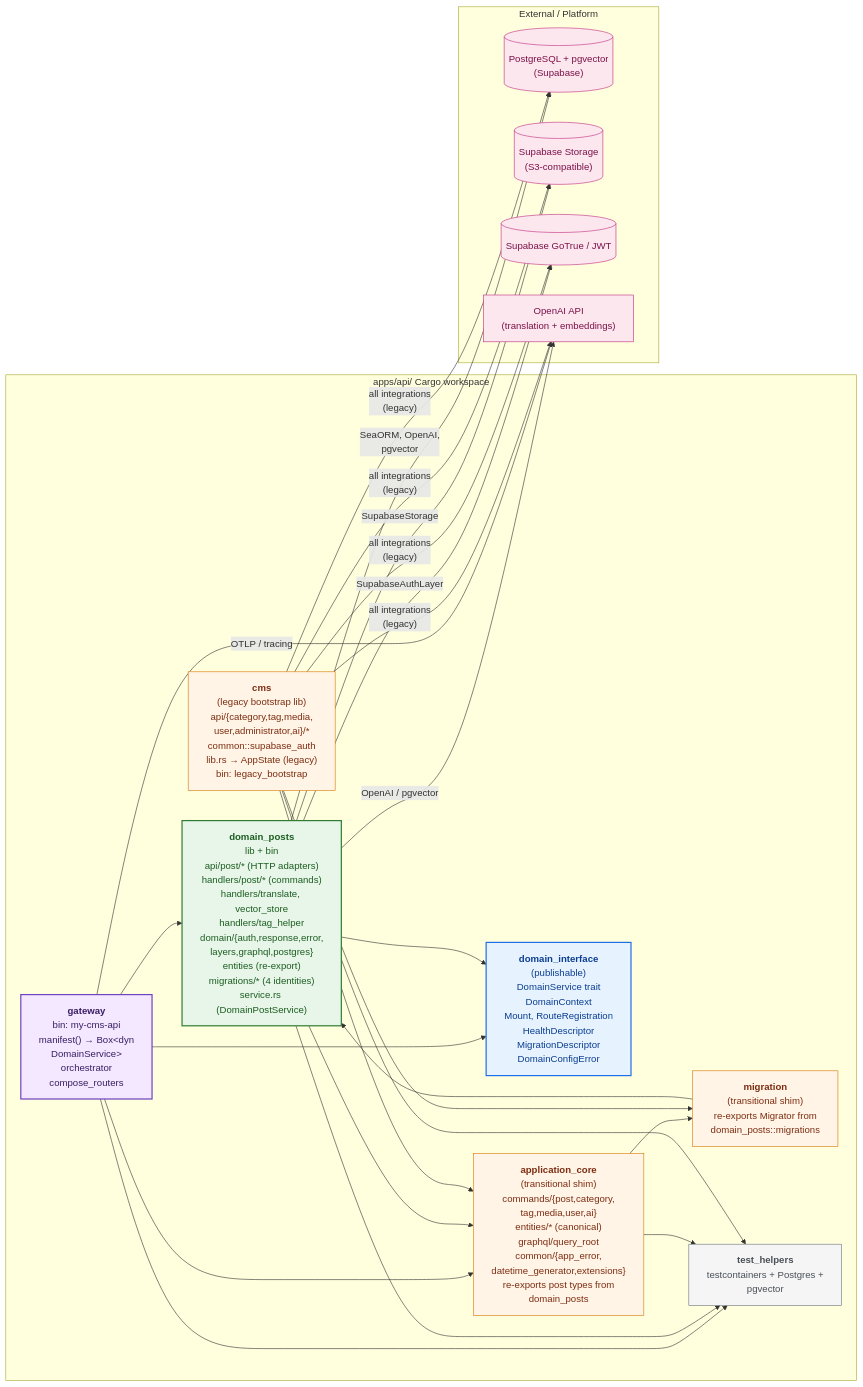
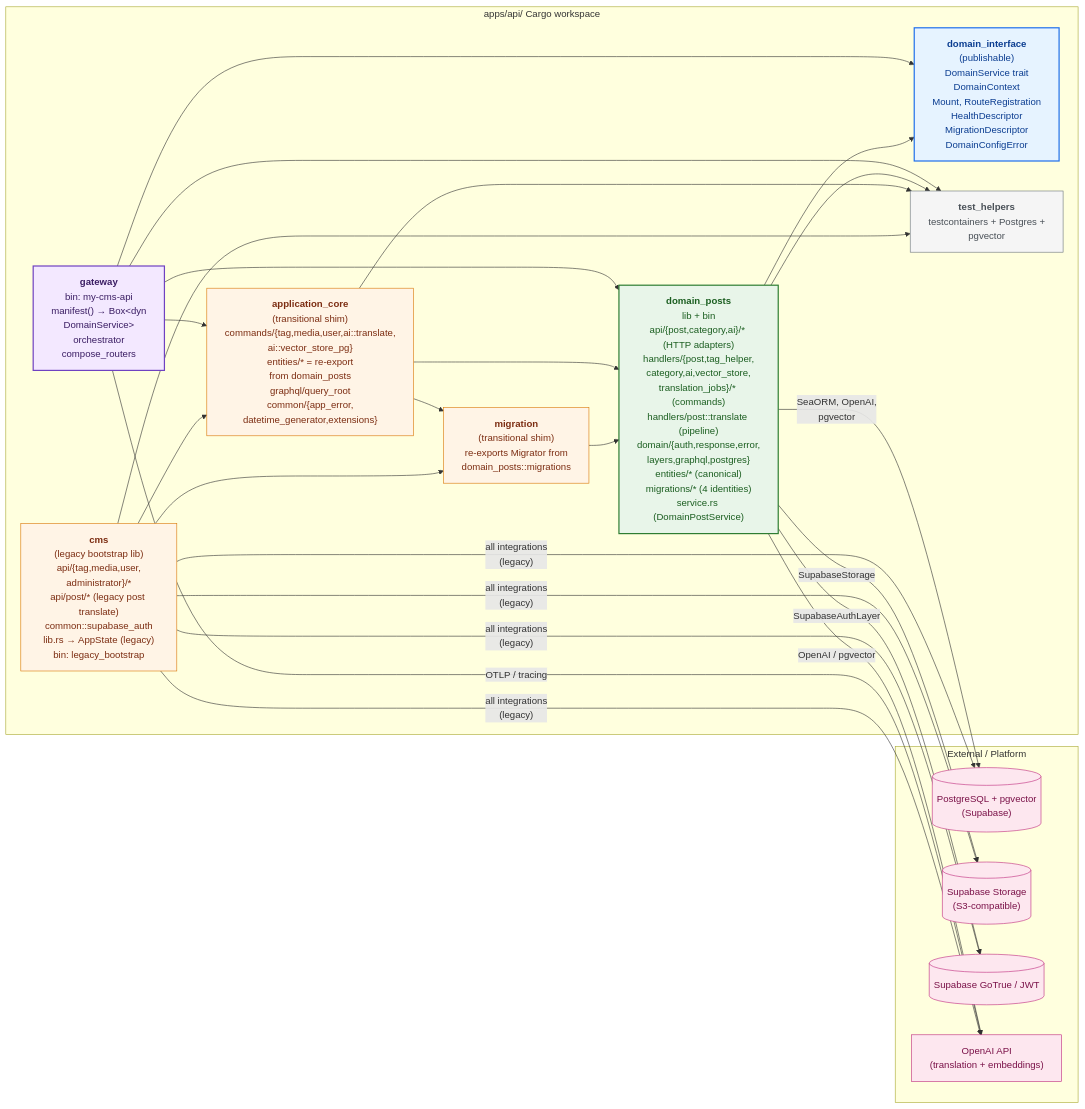
One commit to doitsu2014/my-cms changed the first of 10 diagrams in docs/api-architecture.md. Above: the diagram before and after it, drawn with Mermaid. The commit also changed other lines of this file and 120 other files, not shown here.

First line of the commit message:
Consolidate category and AI functionality into domain_posts

````diff
--- a/docs/api-architecture.md
+++ b/docs/api-architecture.md
@@ -7,61 +7,61 @@
 ```mermaid
 graph LR
     subgraph ws["apps/api/  Cargo workspace"]
         DI["<b>domain_interface</b><br/>(publishable)<br/>DomainService trait<br/>DomainContext<br/>Mount, RouteRegistration<br/>HealthDescriptor<br/>MigrationDescriptor<br/>DomainConfigError"]
-        DP["<b>domain_posts</b><br/>lib + bin<br/>api/post/* (HTTP adapters)<br/>handlers/post/* (commands)<br/>handlers/translate, vector_store<br/>handlers/tag_helper<br/>domain/{auth,response,error,<br/>layers,graphql,postgres}<br/>entities (re-export)<br/>migrations/* (4 identities)<br/>service.rs (DomainPostService)"]
+        DP["<b>domain_posts</b><br/>lib + bin<br/>api/{post,category,ai}/* (HTTP adapters)<br/>handlers/{post,tag_helper,<br/>category,ai,vector_store,<br/>translation_jobs}/* (commands)<br/>handlers/post::translate (pipeline)<br/>domain/{auth,response,error,<br/>layers,graphql,postgres}<br/>entities/* (canonical)<br/>migrations/* (4 identities)<br/>service.rs (DomainPostService)"]
         GW["<b>gateway</b><br/>bin: my-cms-api<br/>manifest() → Box&lt;dyn<br/>DomainService&gt;<br/>orchestrator<br/>compose_routers"]
-        AC["<b>application_core</b><br/>(transitional shim)<br/>commands/{post,category,<br/>tag,media,user,ai}<br/>entities/* (canonical)<br/>graphql/query_root<br/>common/{app_error,<br/>datetime_generator,extensions}<br/>re-exports post types from<br/>domain_posts"]
+        AC["<b>application_core</b><br/>(transitional shim)<br/>commands/{tag,media,user,ai::translate,<br/>ai::vector_store_pg}<br/>entities/* = re-export<br/>from domain_posts<br/>graphql/query_root<br/>common/{app_error,<br/>datetime_generator,extensions}"]
         MIG["<b>migration</b><br/>(transitional shim)<br/>re-exports Migrator from<br/>domain_posts::migrations"]
         TH["<b>test_helpers</b><br/>testcontainers + Postgres +<br/>pgvector"]
-        CMS["<b>cms</b><br/>(legacy bootstrap lib)<br/>api/{category,tag,media,<br/>user,administrator,ai}/*<br/>common::supabase_auth<br/>lib.rs → AppState (legacy)<br/>bin: legacy_bootstrap"]
+        CMS["<b>cms</b><br/>(legacy bootstrap lib)<br/>api/{tag,media,user,<br/>administrator}/*<br/>api/post/* (legacy post translate)<br/>common::supabase_auth<br/>lib.rs → AppState (legacy)<br/>bin: legacy_bootstrap"]
     end
 
     subgraph ext["External / Platform"]
         DB[("PostgreSQL + pgvector<br/>(Supabase)")]
         STORE[("Supabase Storage<br/>(S3-compatible)")]
         AUTH[("Supabase GoTrue / JWT")]
         OAI["OpenAI API<br/>(translation + embeddings)"]
     end
 
     GW --> DI
     GW --> DP
     GW --> AC
     GW --> TH
 
     DP --> DI
-    DP --> AC
     DP --> TH
 
     AC --> MIG
     AC --> TH
+    AC --> DP
 
     MIG --> DP
 
     CMS --> AC
     CMS --> MIG
     CMS --> TH
 
     DP -- "SeaORM, OpenAI,<br/>pgvector" --> DB
     DP -- "OpenAI / pgvector" --> OAI
     DP -- "SupabaseStorage" --> STORE
     DP -- "SupabaseAuthLayer" --> AUTH
     GW -- "OTLP / tracing" --> OAI
     CMS -- "all integrations<br/>(legacy)" --> DB
     CMS -- "all integrations<br/>(legacy)" --> STORE
     CMS -- "all integrations<br/>(legacy)" --> AUTH
     CMS -- "all integrations<br/>(legacy)" --> OAI
 
     classDef contract fill:#e6f3ff,stroke:#1f6feb,stroke-width:2px,color:#0b3d91
     classDef domain fill:#e8f5e9,stroke:#2e7d32,stroke-width:2px,color:#1b5e20
     classDef gateway fill:#f3e8ff,stroke:#6f42c1,stroke-width:2px,color:#3a1d63
     classDef shim fill:#fff4e6,stroke:#d97706,stroke-width:1px,color:#7c2d12
     classDef ext fill:#fde7ef,stroke:#bf2c7e,stroke-width:1px,color:#7a1148
     classDef helper fill:#f5f5f5,stroke:#6c757d,stroke-width:1px,color:#495057
 
     class DI contract
     class DP domain
     class GW gateway
     class AC,MIG,CMS shim
     class TH helper
     class DB,STORE,AUTH,OAI ext
 ```
````
